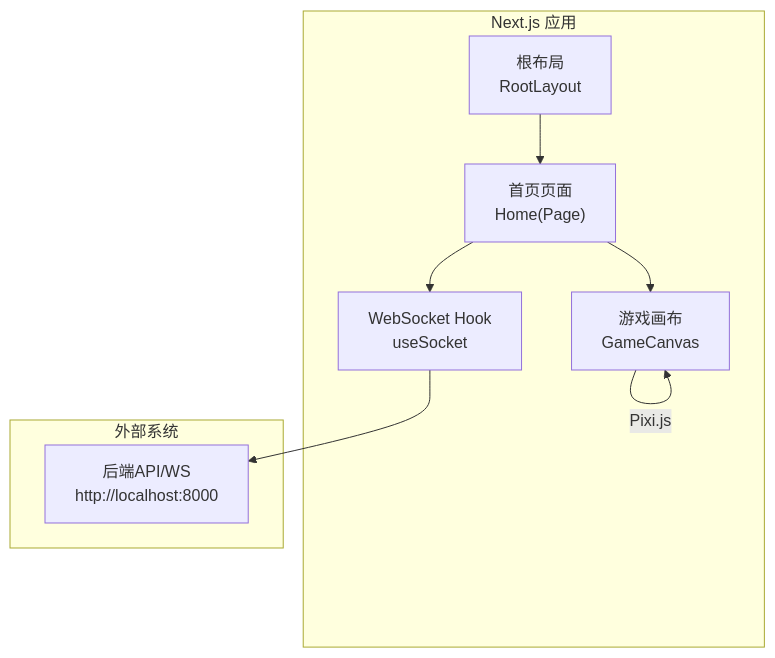
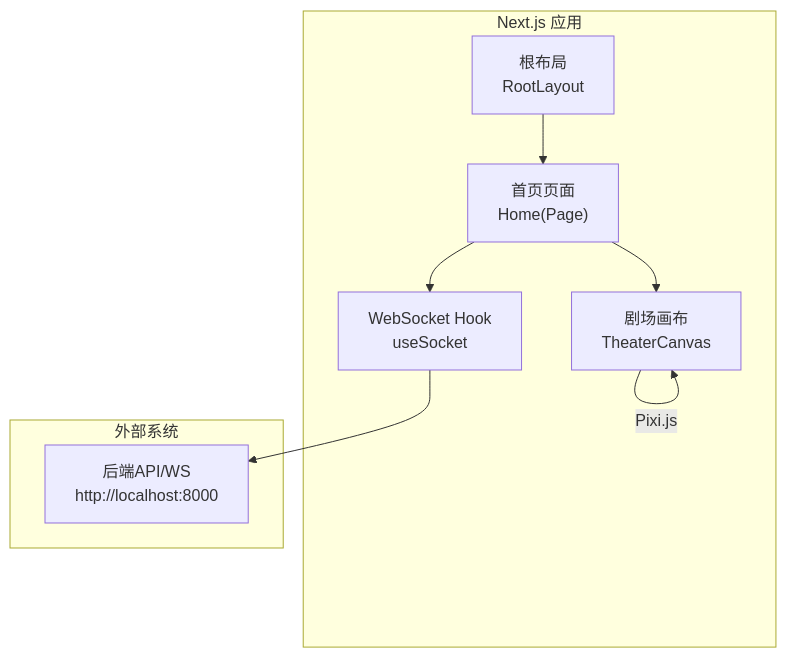
The second of 7 diagrams in .qoder/repowiki/zh/content/系统架构/前端架构.md (KunLabAI/KunFlix), drawn with Mermaid before and after one commit. The commit also changed other lines of this file and 112 other files, not shown here.

````diff
--- a/.qoder/repowiki/zh/content/系统架构/前端架构.md
+++ b/.qoder/repowiki/zh/content/系统架构/前端架构.md
@@ -96,17 +96,17 @@
 ```mermaid
 graph TB
 subgraph "Next.js 应用"
 RL["根布局<br/>RootLayout"]
 HP["首页页面<br/>Home(Page)"]
-GC["游戏画布<br/>GameCanvas"]
+GC["剧场画布<br/>TheaterCanvas"]
 WS["WebSocket Hook<br/>useSocket"]
 end
 subgraph "外部系统"
 BE["后端API/WS<br/>http://localhost:8000"]
 end
 RL --> HP
 HP --> GC
 HP --> WS
 WS --> BE
 GC --> |"Pixi.js"| GC
 ```
````
